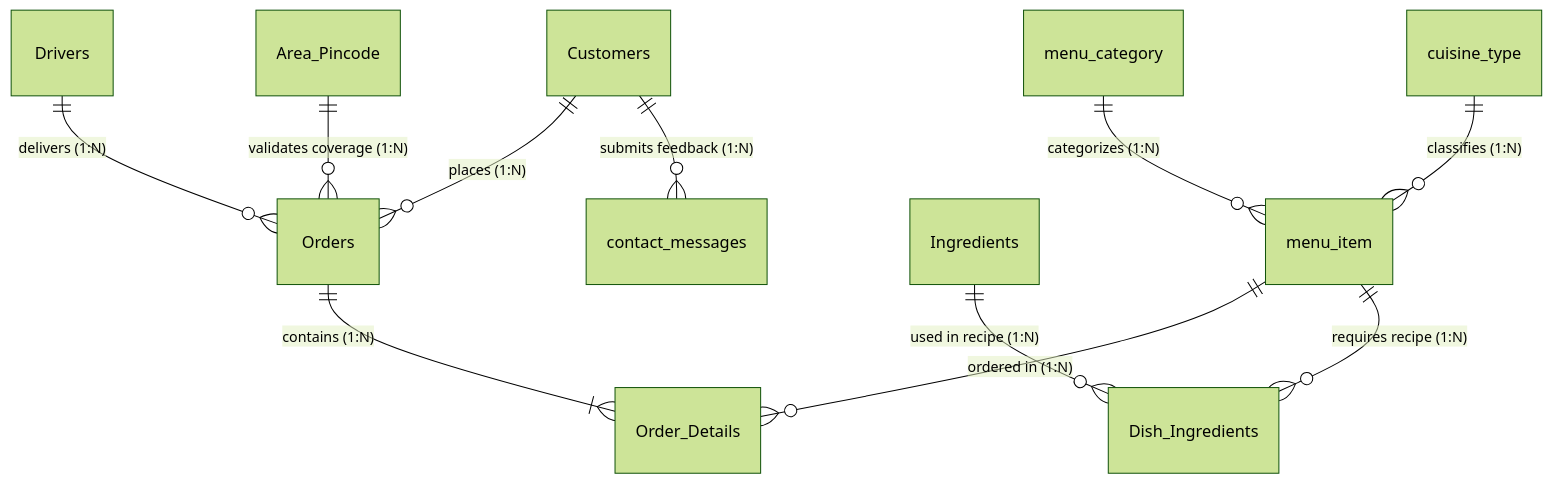
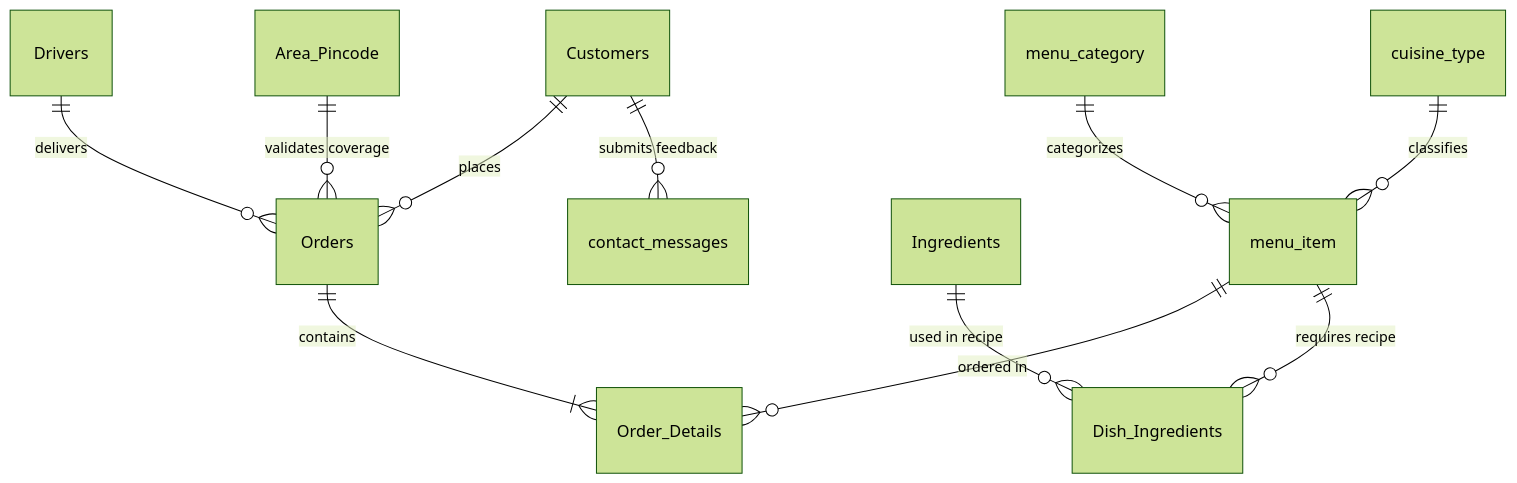
Before and after one commit to vinitsonii/Cloud-kitchen-management-system: the third of 3 diagrams in README.md, drawn with Mermaid (forest theme). The commit also changed other lines of this file, not shown here.

````diff
--- a/README.md
+++ b/README.md
@@ -131,13 +100,13 @@
 ```mermaid
 erDiagram
-    Customers ||--o{ Orders : "places (1:N)"
-    Drivers ||--o{ Orders : "delivers (1:N)"
-    Area_Pincode ||--o{ Orders : "validates coverage (1:N)"
-    Orders ||--|{ Order_Details : "contains (1:N)"
-    menu_item ||--o{ Order_Details : "ordered in (1:N)"
-    menu_category ||--o{ menu_item : "categorizes (1:N)"
-    cuisine_type ||--o{ menu_item : "classifies (1:N)"
-    menu_item ||--o{ Dish_Ingredients : "requires recipe (1:N)"
-    Ingredients ||--o{ Dish_Ingredients : "used in recipe (1:N)"
-    Customers ||--o{ contact_messages : "submits feedback (1:N)"
+    Customers ||--o{ Orders : "places"
+    Drivers ||--o{ Orders : "delivers"
+    Area_Pincode ||--o{ Orders : "validates coverage"
+    Orders ||--|{ Order_Details : "contains"
+    menu_item ||--o{ Order_Details : "ordered in"
+    menu_category ||--o{ menu_item : "categorizes"
+    cuisine_type ||--o{ menu_item : "classifies"
+    menu_item ||--o{ Dish_Ingredients : "requires recipe"
+    Ingredients ||--o{ Dish_Ingredients : "used in recipe"
+    Customers ||--o{ contact_messages : "submits feedback"
 ```
````
